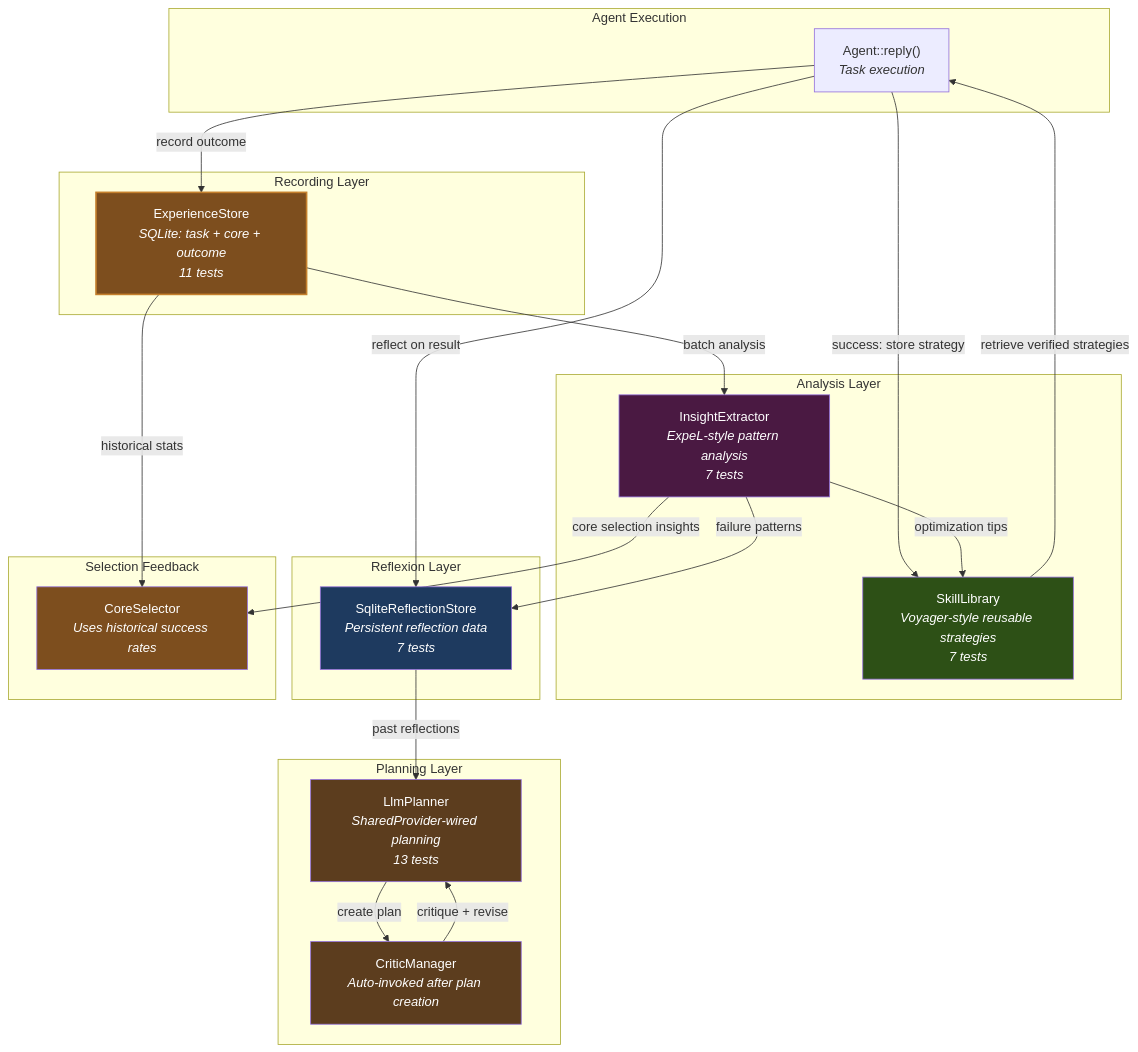
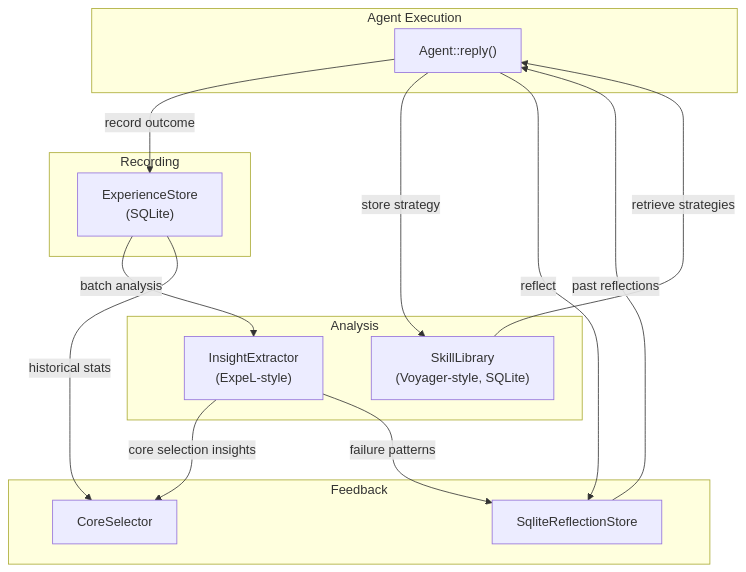
Before and after one commit to Ghenghis/Super-Goose: the fourth of 10 diagrams in docs/ARCHITECTURE.md, drawn with Mermaid. The commit also changed other lines of this file and 317 other files, not shown here.

````diff
--- a/docs/ARCHITECTURE.md
+++ b/docs/ARCHITECTURE.md
@@ -298,51 +267,32 @@
 ```mermaid
 graph TD
     subgraph "Agent Execution"
-        EXEC["Agent::reply()<br/><i>Task execution</i>"]
+        EXEC["Agent::reply()"]
     end
 
-    subgraph "Recording Layer"
-        ES["ExperienceStore<br/><i>SQLite: task + core + outcome</i><br/><i>11 tests</i>"]
+    subgraph "Recording"
+        ES["ExperienceStore<br/>(SQLite)"]
     end
 
-    subgraph "Analysis Layer"
-        IE["InsightExtractor<br/><i>ExpeL-style pattern analysis</i><br/><i>7 tests</i>"]
-        SL["SkillLibrary<br/><i>Voyager-style reusable strategies</i><br/><i>7 tests</i>"]
+    subgraph "Analysis"
+        IE["InsightExtractor<br/>(ExpeL-style)"]
+        SL["SkillLibrary<br/>(Voyager-style, SQLite)"]
     end
 
-    subgraph "Reflexion Layer"
-        RS["SqliteReflectionStore<br/><i>Persistent reflection data</i><br/><i>7 tests</i>"]
-    end
-
-    subgraph "Planning Layer"
-        LP["LlmPlanner<br/><i>SharedProvider-wired planning</i><br/><i>13 tests</i>"]
-        CM["CriticManager<br/><i>Auto-invoked after plan creation</i>"]
-    end
-
-    subgraph "Selection Feedback"
-        CSF["CoreSelector<br/><i>Uses historical success rates</i>"]
+    subgraph "Feedback"
+        RS["SqliteReflectionStore"]
+        CSF["CoreSelector"]
     end
 
     EXEC -->|"record outcome"| ES
-    EXEC -->|"success: store strategy"| SL
-    EXEC -->|"reflect on result"| RS
+    EXEC -->|"store strategy"| SL
+    EXEC -->|"reflect"| RS
 
     ES -->|"batch analysis"| IE
     IE -->|"core selection insights"| CSF
     IE -->|"failure patterns"| RS
-    IE -->|"optimization tips"| SL
 
     ES -->|"historical stats"| CSF
-    SL -->|"retrieve verified strategies"| EXEC
-    RS -->|"past reflections"| LP
-    LP -->|"create plan"| CM
-    CM -->|"critique + revise"| LP
-
-    style ES fill:#7d4e1e,color:#fff,stroke:#c47f2c,stroke-width:2px
-    style IE fill:#4a1942,color:#fff
-    style SL fill:#2d5016,color:#fff
-    style RS fill:#1e3a5f,color:#fff
-    style LP fill:#5c3d1e,color:#fff
-    style CM fill:#5c3d1e,color:#fff
-    style CSF fill:#7d4e1e,color:#fff
+    SL -->|"retrieve strategies"| EXEC
+    RS -->|"past reflections"| EXEC
 ```
````
